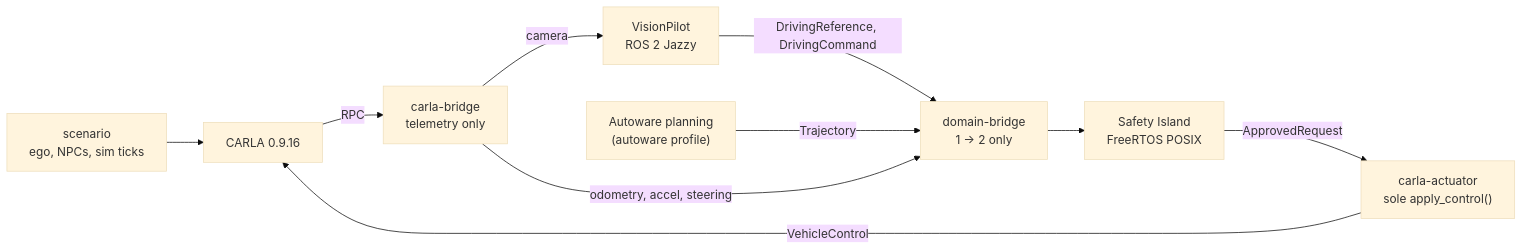
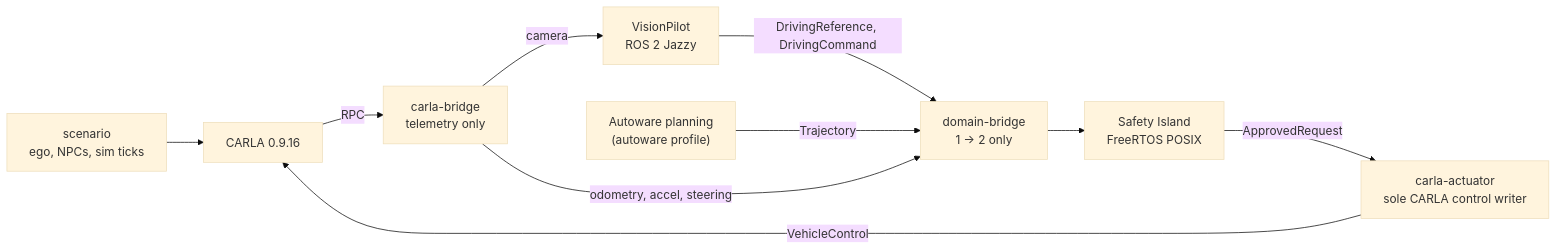
The diagram in README.md (oguzkaganozt/openadkit-e2e), drawn with Mermaid (base theme) before and after one commit. The commit also changed other lines of this file and 5 other files, not shown here.

First line of the commit message:
feat(actuator): drive through CARLA's Ackermann controller

````diff
--- a/README.md
+++ b/README.md
@@ -27,12 +27,12 @@
 ```mermaid
 flowchart LR
     CARLA["CARLA 0.9.16"] -->|RPC| Bridge["carla-bridge<br/>telemetry only"]
     Scenario["scenario<br/>ego, NPCs, sim ticks"] --> CARLA
     Bridge -->|camera| VP["VisionPilot<br/>ROS 2 Jazzy"]
     VP -->|DrivingReference, DrivingCommand| DB["domain-bridge<br/>1 → 2 only"]
     AW["Autoware planning<br/>(autoware profile)"] -->|Trajectory| DB
     Bridge -->|odometry, accel, steering| DB
     DB --> SI["Safety Island<br/>FreeRTOS POSIX"]
-    SI -->|ApprovedRequest| Act["carla-actuator<br/>sole apply_control()"]
+    SI -->|ApprovedRequest| Act["carla-actuator<br/>sole CARLA control writer"]
     Act -->|VehicleControl| CARLA
 ```
````
